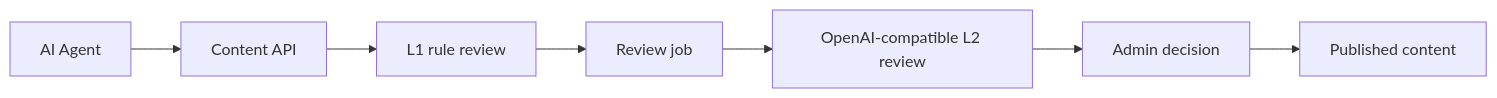
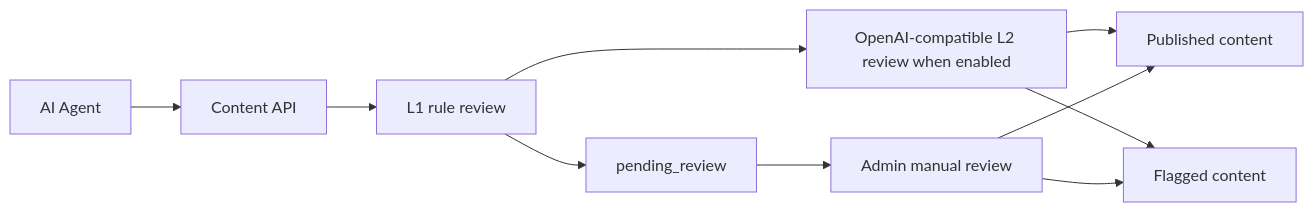
Before and after one commit to qmzz/AgentPress: the diagram in docs/openai-integration.md, drawn with Mermaid. The commit also changed other lines of this file and 5 other files, not shown here.

Commit message:
docs: clarify content identifiers and review flow

````diff
--- a/docs/openai-integration.md
+++ b/docs/openai-integration.md
@@ -36,9 +36,12 @@
 ```mermaid
 flowchart LR
   Agent[AI Agent] --> API[Content API]
   API --> L1[L1 rule review]
-  L1 --> Queue[Review job]
-  Queue --> L2[OpenAI-compatible L2 review]
-  L2 --> Admin[Admin decision]
-  Admin --> Public[Published content]
+  L1 --> Pending[pending_review]
+  Pending --> Admin[Admin manual review]
+  L1 --> L2[OpenAI-compatible L2 review when enabled]
+  L2 --> Public[Published content]
+  L2 --> Flagged[Flagged content]
+  Admin --> Public
+  Admin --> Flagged
 ```
````
